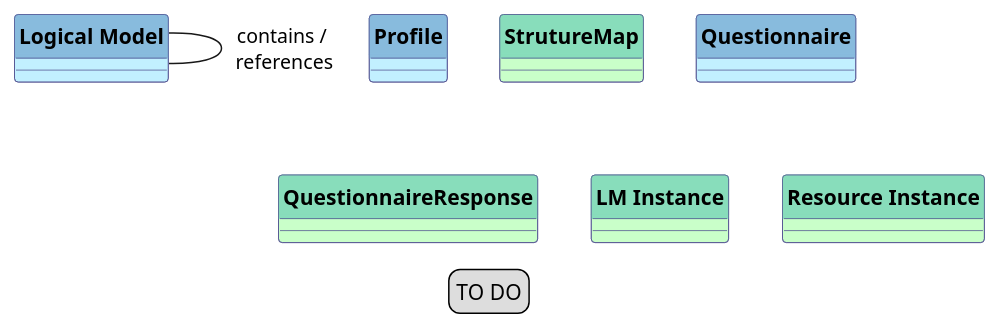
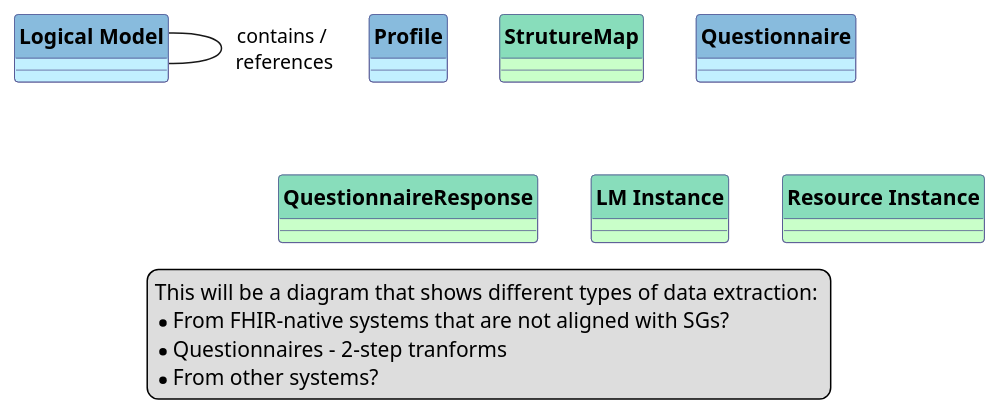
Before and after one commit to WorldHealthOrganization/smart-ig-starter-kit: the diagram in input/images-source/extraction.plantuml, drawn with PlantUML. The commit also changed 2 other files, not shown here.

```diff
--- a/input/images-source/extraction.plantuml
+++ b/input/images-source/extraction.plantuml
@@ -1,57 +1,61 @@
 @startuml
 'skinparam linetype ortho
 skinparam linetype polyline
 hide circle
 hide stereotype
 
 '!pragma layout smetana
 
 skinparam class<<MD>> {
  BorderColor DarkSlateGray
  BackgroundColor WhiteSmoke
  HeaderBackgroundColor #909090
 }
 
 skinparam class<<DM>> {
  BorderColor #505090
  BackgroundColor APPLICATION
  HeaderBackgroundColor #8bd
 }
 
 
 skinparam class<<TM>> {
  BorderColor #505090
  BackgroundColor TECHNOLOGY
  HeaderBackgroundColor #8db
 }
 
 
-legend TO DO
-
+legend 
+This will be a diagram that shows different types of data extraction: 
+* From FHIR-native systems that are not aligned with SGs?
+* Questionnaires - 2-step tranforms
+* From other systems?
+endlegend
 
 class "**Logical Model**" as LM<<DM>> {
 }
 
 class "**Profile**" as P<<DM>> {
 }
 
 class "**StrutureMap**" as SM<<TM>> {
 }
 
 class "**Questionnaire**" as Q<<DM>> {
 }
 
 class "**QuestionnaireResponse**" as QR<<TM>> {
 }
 
 
 class "**LM Instance**" as LMI<<TM>> {
 }
 
 class "**Resource Instance**" as RI<<TM>> {
 }
 
 LM - LM: contains /\n references
 
 
 @enduml
```
